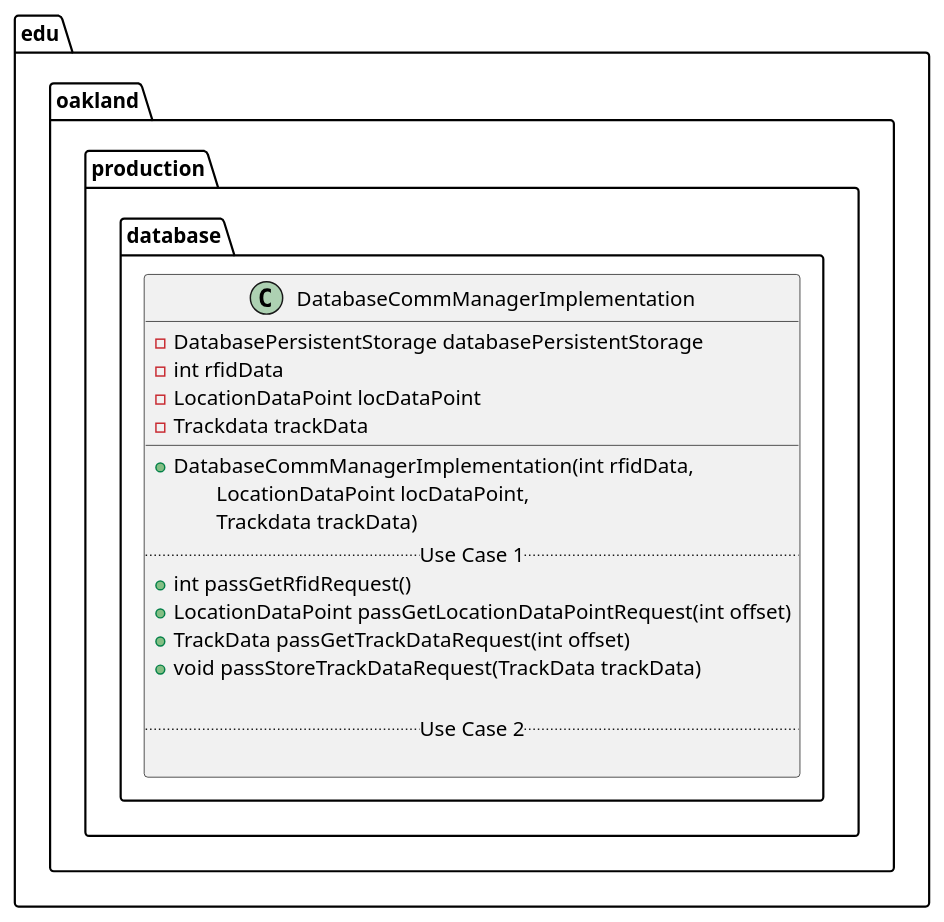
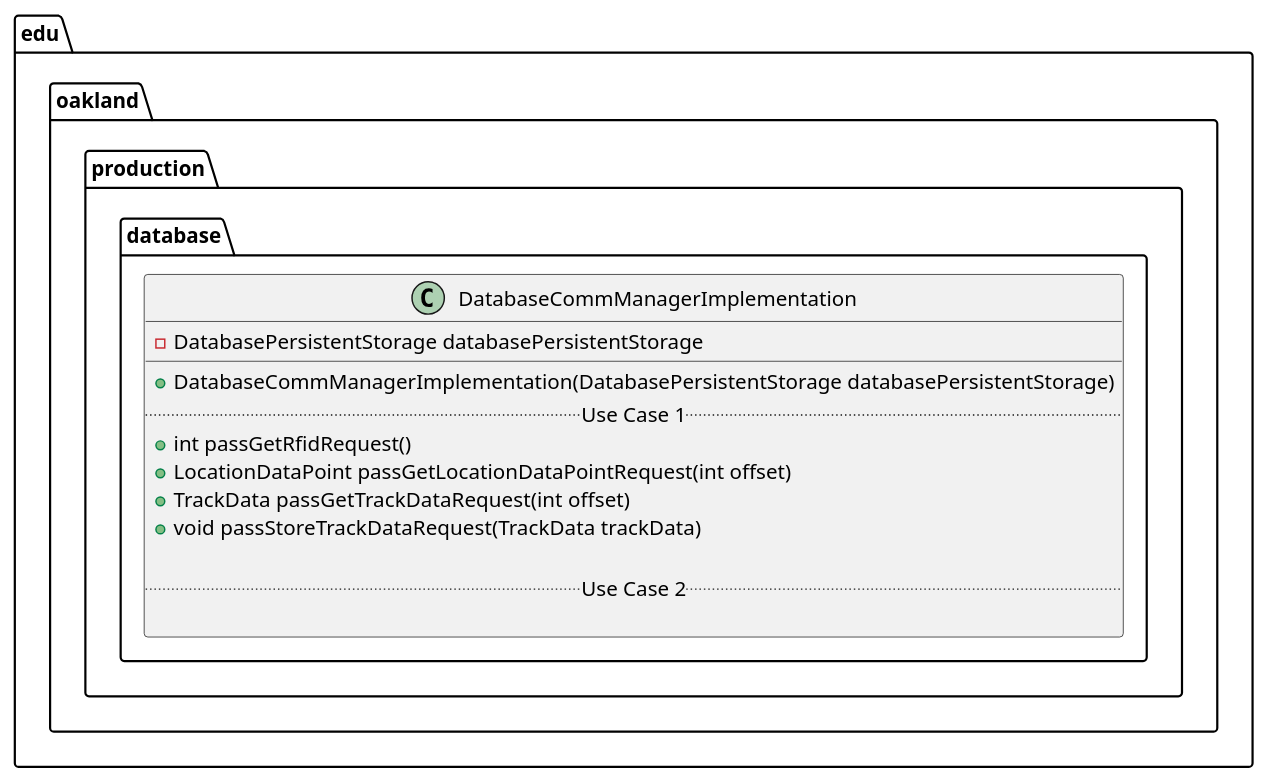
Before and after one commit to andrewdimmer/csi-3370-software-project: the diagram in docs/uml-class-diagrams/database/production/DatabaseCommManagerImplementation/DatabaseCommManagerImplementation.puml, drawn with PlantUML.

```diff
--- a/docs/uml-class-diagrams/database/production/DatabaseCommManagerImplementation/DatabaseCommManagerImplementation.puml
+++ b/docs/uml-class-diagrams/database/production/DatabaseCommManagerImplementation/DatabaseCommManagerImplementation.puml
@@ -1,24 +1,19 @@
 @startuml DatabaseCommManagerImplementation
 
 package edu.oakland.production.database {
     class DatabaseCommManagerImplementation {
         - DatabasePersistentStorage databasePersistentStorage
-        - int rfidData
-        - LocationDataPoint locDataPoint
-        - Trackdata trackData
         __
-        + DatabaseCommManagerImplementation(int rfidData,
-         \tLocationDataPoint locDataPoint,
-         \tTrackdata trackData)
+        + DatabaseCommManagerImplementation(DatabasePersistentStorage databasePersistentStorage)
         .. Use Case 1 ..
         + int passGetRfidRequest()
         + LocationDataPoint passGetLocationDataPointRequest(int offset)
         + TrackData passGetTrackDataRequest(int offset)
         + void passStoreTrackDataRequest(TrackData trackData)
 
         .. Use Case 2 ..
 
     }
 }
 
 @enduml
```
